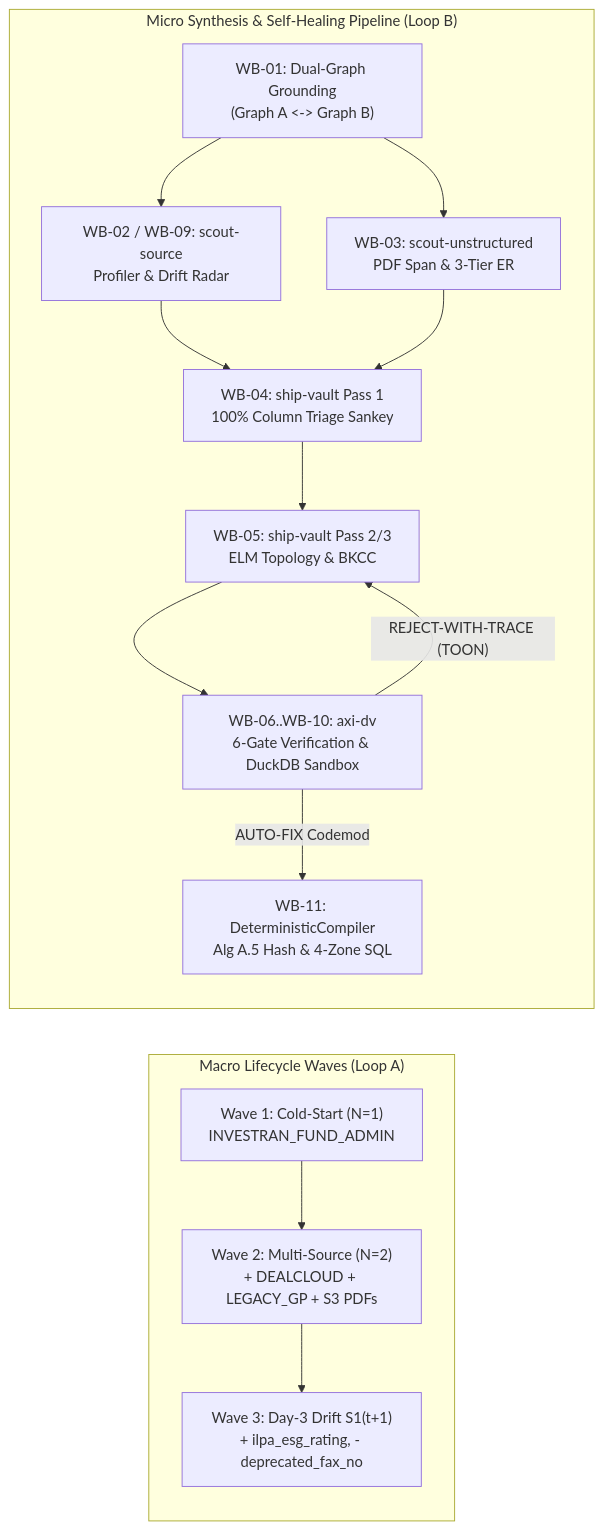
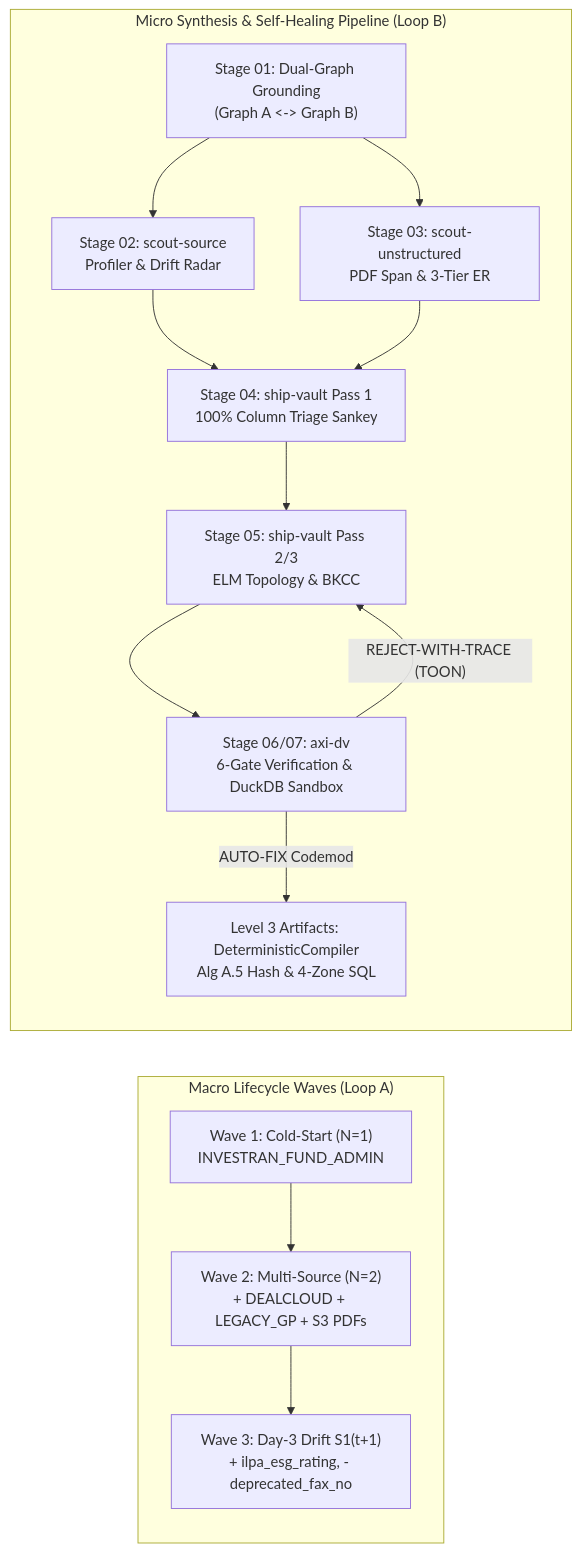
One commit to nogoo9/open-dv changed the second of 4 diagrams in docs/06-explainability-and-observability-spec.md. Above: the diagram before and after it, drawn with Mermaid. The commit also changed other lines of this file and 643 other files, not shown here.

First line of the commit message:
feat(platform): Platform Parity & Architecture Plan v3.9 (P1-P10, #63) (#189)

````diff
--- a/docs/06-explainability-and-observability-spec.md
+++ b/docs/06-explainability-and-observability-spec.md
@@ -331,17 +329,17 @@
 ```mermaid
 flowchart LR
     subgraph LoopA["Macro Lifecycle Waves (Loop A)"]
         W1["Wave 1: Cold-Start (N=1)\nINVESTRAN_FUND_ADMIN"] --> W2["Wave 2: Multi-Source (N=2)\n+ DEALCLOUD + LEGACY_GP + S3 PDFs"]
         W2 --> W3["Wave 3: Day-3 Drift S1(t+1)\n+ ilpa_esg_rating, - deprecated_fax_no"]
     end
 
     subgraph LoopB["Micro Synthesis & Self-Healing Pipeline (Loop B)"]
-        S0["WB-01: Dual-Graph Grounding\n(Graph A <-> Graph B)"] --> S1["WB-02 / WB-09: scout-source\nProfiler & Drift Radar"]
-        S0 --> S2["WB-03: scout-unstructured\nPDF Span & 3-Tier ER"]
-        S1 & S2 --> S3["WB-04: ship-vault Pass 1\n100% Column Triage Sankey"]
-        S3 --> S4["WB-05: ship-vault Pass 2/3\nELM Topology & BKCC"]
-        S4 --> S5["WB-06..WB-10: axi-dv\n6-Gate Verification & DuckDB Sandbox"]
+        S0["Stage 01: Dual-Graph Grounding\n(Graph A <-> Graph B)"] --> S1["Stage 02: scout-source\nProfiler & Drift Radar"]
+        S0 --> S2["Stage 03: scout-unstructured\nPDF Span & 3-Tier ER"]
+        S1 & S2 --> S3["Stage 04: ship-vault Pass 1\n100% Column Triage Sankey"]
+        S3 --> S4["Stage 05: ship-vault Pass 2/3\nELM Topology & BKCC"]
+        S4 --> S5["Stage 06/07: axi-dv\n6-Gate Verification & DuckDB Sandbox"]
         S5 -->|"REJECT-WITH-TRACE (TOON)"| S4
-        S5 -->|"AUTO-FIX Codemod"| S6["WB-11: DeterministicCompiler\nAlg A.5 Hash & 4-Zone SQL"]
+        S5 -->|"AUTO-FIX Codemod"| S6["Level 3 Artifacts: DeterministicCompiler\nAlg A.5 Hash & 4-Zone SQL"]
     end
 ```
````
